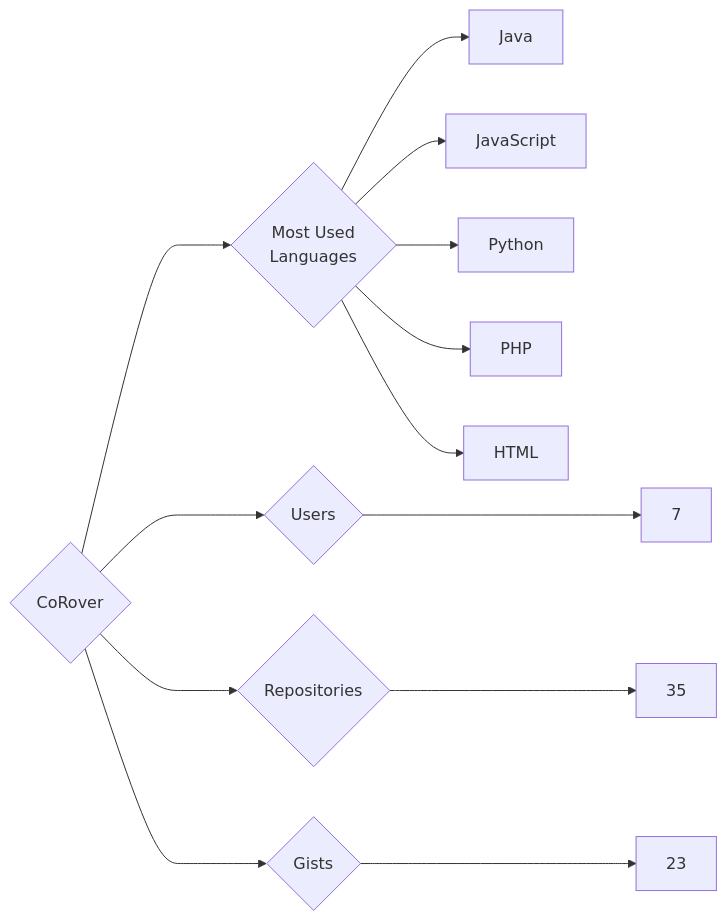
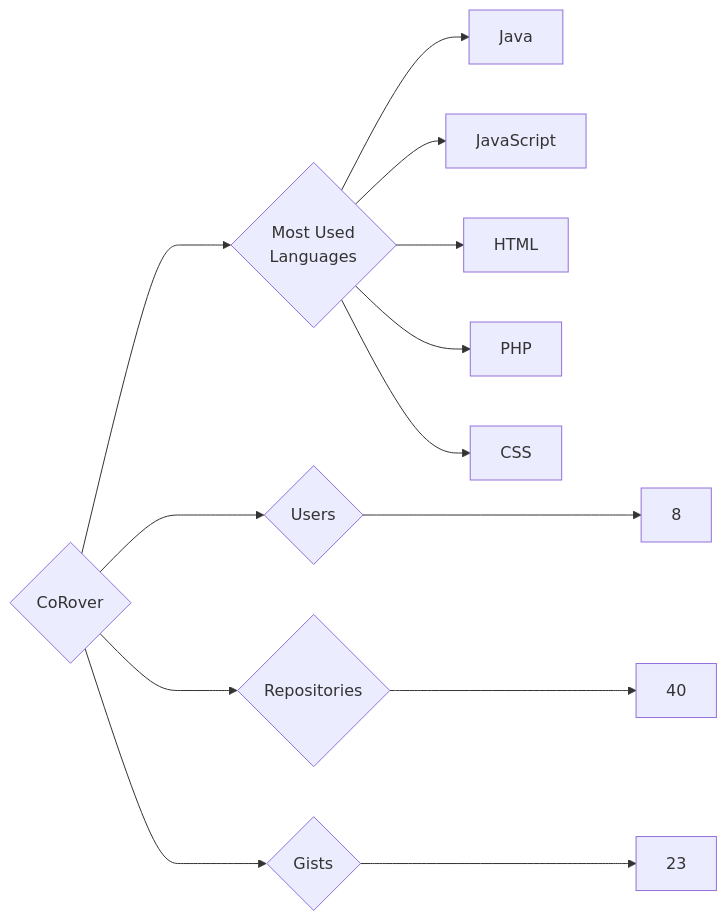
Before and after one commit to trickest/insiders: the diagram in targets/CoRover/README.md, drawn with Mermaid. The commit also changed 859 other files, not shown here.

````diff
--- a/targets/CoRover/README.md
+++ b/targets/CoRover/README.md
@@ -3,13 +3,13 @@
 ```mermaid
 graph LR
 COMPANY_NAME{CoRover}
-COMPANY_NAME ---> U{Users} ---> UN[7]
-COMPANY_NAME ---> R{Repositories} ---> RN[35]
+COMPANY_NAME ---> U{Users} ---> UN[8]
+COMPANY_NAME ---> R{Repositories} ---> RN[40]
 COMPANY_NAME ---> G{Gists} ---> GN[23]
 COMPANY_NAME ---> ML{Most Used<br>Languages}
 ML --> Java[Java]
 ML --> JavaScript[JavaScript]
-ML --> Python[Python]
+ML --> HTML[HTML]
 ML --> PHP[PHP]
-ML --> HTML[HTML]
+ML --> CSS[CSS]
 ```
````
